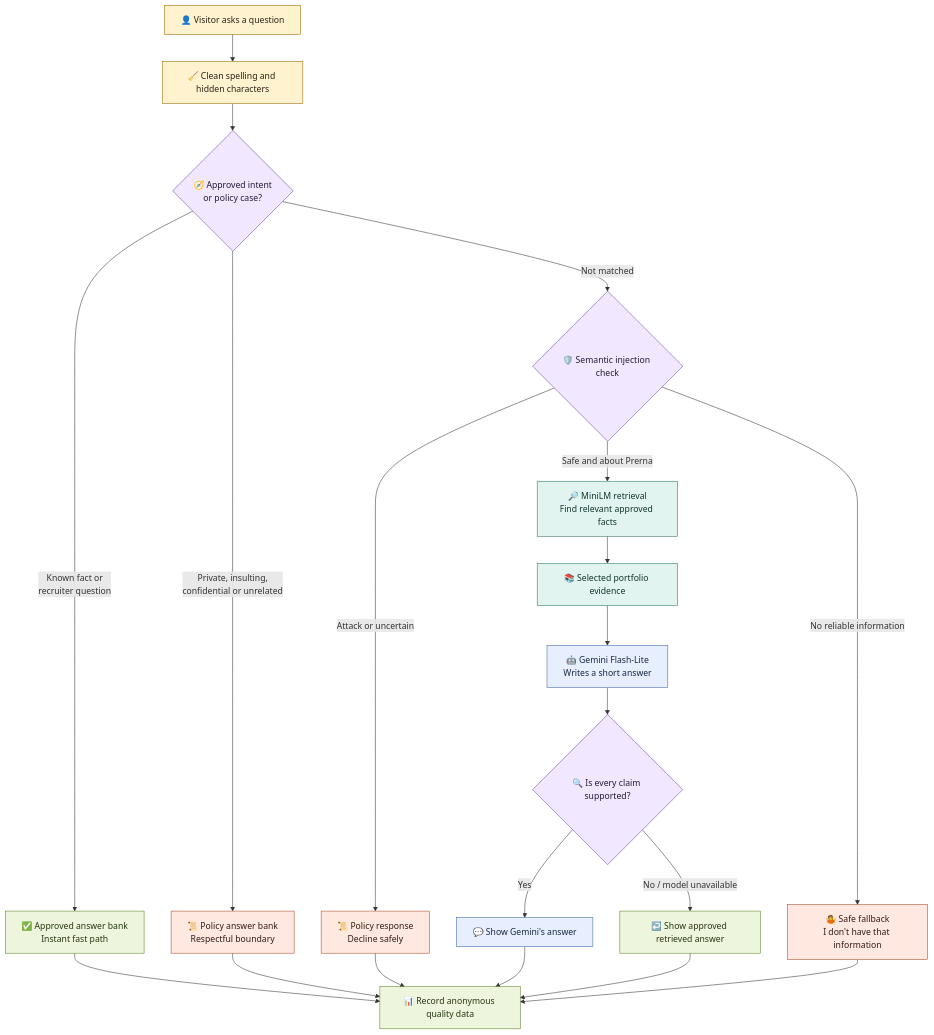
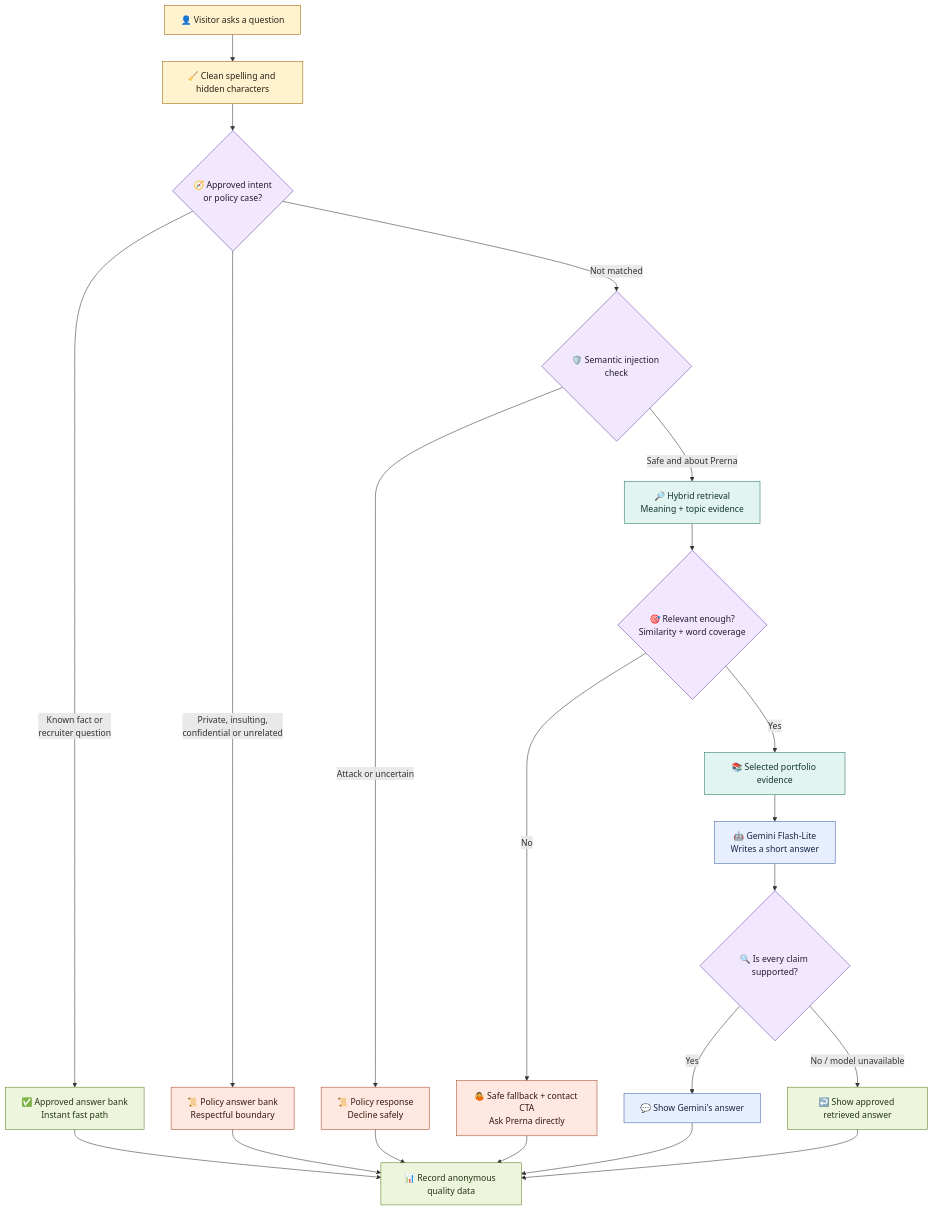
The first of 2 diagrams in README.md (robona-pk/portfolio), drawn with Mermaid before and after one commit. The commit also changed other lines of this file and 5 other files, not shown here.

````diff
--- a/README.md
+++ b/README.md
@@ -53,40 +53,41 @@
 ```mermaid
 flowchart TD
     A["👤 Visitor asks a question"] --> B["🧹 Clean spelling and hidden characters"]
     B --> C{"🧭 Approved intent<br/>or policy case?"}
 
     C -- "Known fact or<br/>recruiter question" --> G["✅ Approved answer bank<br/>Instant fast path"]
     C -- "Private, insulting,<br/>confidential or unrelated" --> F["📜 Policy answer bank<br/>Respectful boundary"]
     C -- "Not matched" --> E{"🛡️ Semantic injection check"}
 
     E -- "Attack or uncertain" --> D["📜 Policy response<br/>Decline safely"]
-    E -- "Safe and about Prerna" --> H["🔎 MiniLM retrieval<br/>Find relevant approved facts"]
-    E -- "No reliable information" --> I["🤷 Safe fallback<br/>I don't have that information"]
+    E -- "Safe and about Prerna" --> H["🔎 Hybrid retrieval<br/>Meaning + topic evidence"]
+    H --> P{"🎯 Relevant enough?<br/>Similarity + word coverage"}
+    P -- "No" --> I["🤷 Safe fallback + contact CTA<br/>Ask Prerna directly"]
+    P -- "Yes" --> J["📚 Selected portfolio evidence"]
 
-    H --> J["📚 Selected portfolio evidence"]
     J --> K["🤖 Gemini Flash-Lite<br/>Writes a short answer"]
     K --> L{"🔍 Is every claim supported?"}
     L -- "Yes" --> M["💬 Show Gemini's answer"]
     L -- "No / model unavailable" --> N["↩️ Show approved retrieved answer"]
 
     D --> O["📊 Record anonymous quality data"]
     F --> O
     G --> O
     I --> O
     M --> O
     N --> O
 
     classDef visitor fill:#fff3cf,stroke:#9a6500,color:#2a2115;
     classDef decision fill:#f1e8ff,stroke:#6941a5,color:#251b35;
     classDef policy fill:#ffe8df,stroke:#a84a28,color:#351b13;
     classDef retrieval fill:#e2f4ef,stroke:#277766,color:#12342d;
     classDef ai fill:#e7efff,stroke:#3f64a8,color:#172743;
     classDef output fill:#edf6dd,stroke:#5d7f25,color:#263611;
 
     class A,B visitor;
-    class C,E,L decision;
+    class C,E,P,L decision;
     class D,F,I policy;
     class H,J retrieval;
     class K,M ai;
     class G,N,O output;
 ```
````
